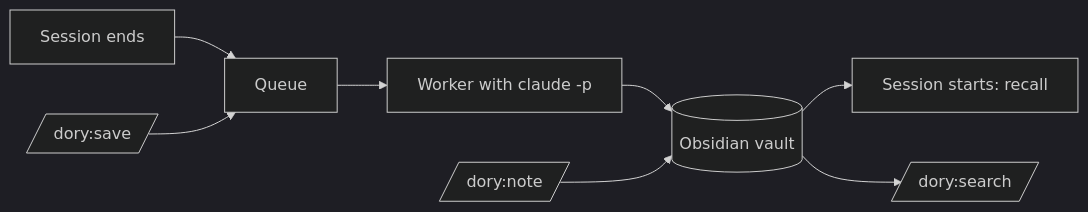
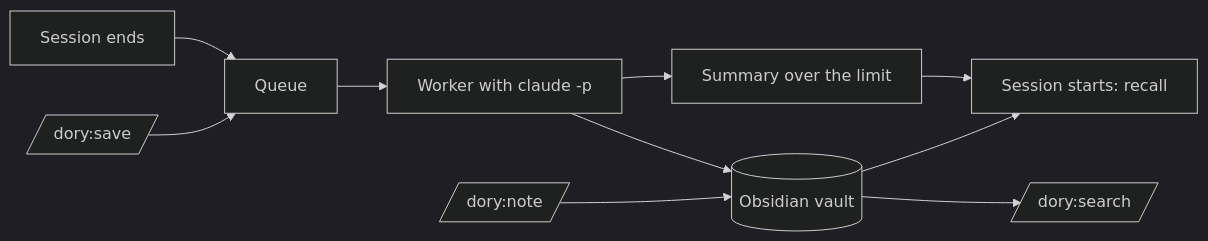
The diagram in README.md (cheorges/dory), drawn with Mermaid (dark theme) before and after one commit. The commit also changed other lines of this file and 48 other files, not shown here.

````diff
--- a/README.md
+++ b/README.md
@@ -93,10 +95,12 @@
 ```mermaid
 flowchart LR
     End[Session ends] --> Queue[Queue]
     Save[/dory:save/] --> Queue
     Queue --> Worker[Worker with claude -p]
     Worker --> Vault[(Obsidian vault)]
+    Worker --> Summary[Summary over the limit]
     Note[/dory:note/] --> Vault
-    Vault --> Start[Session starts: recall]
+    Summary --> Start[Session starts: recall]
+    Vault --> Start
     Vault --> Search[/dory:search/]
 ```
````
